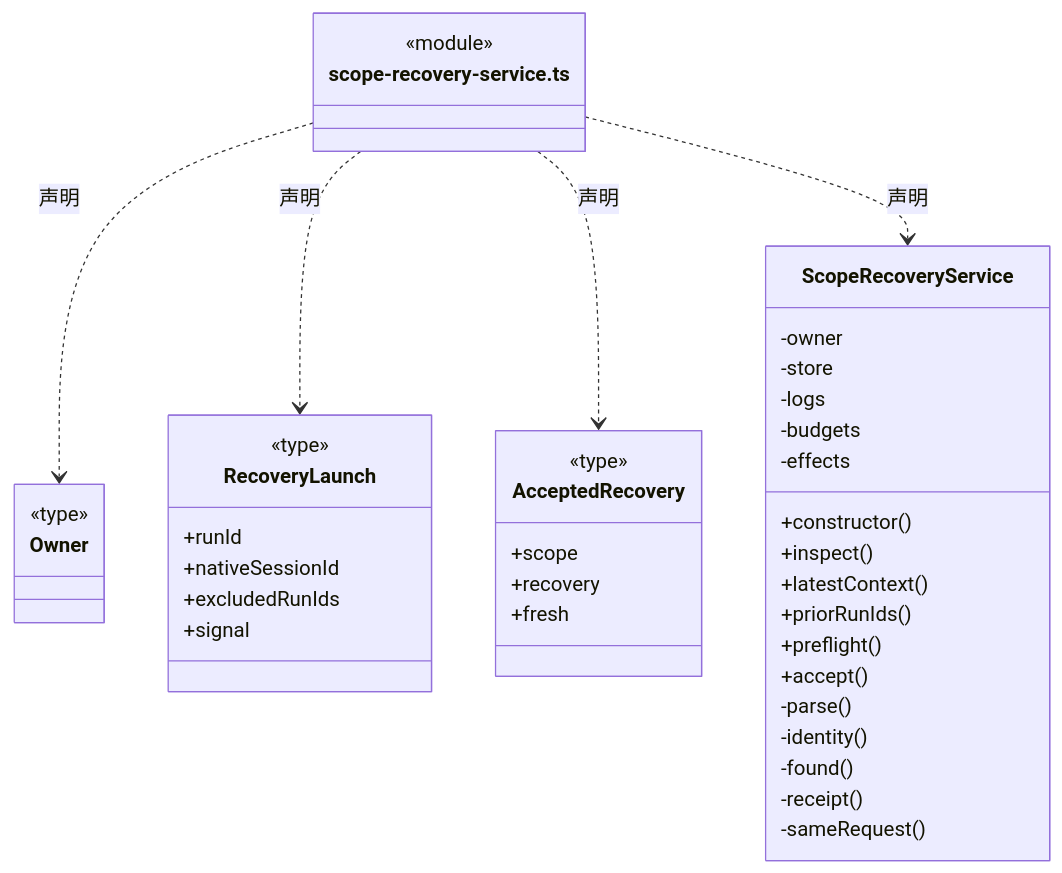
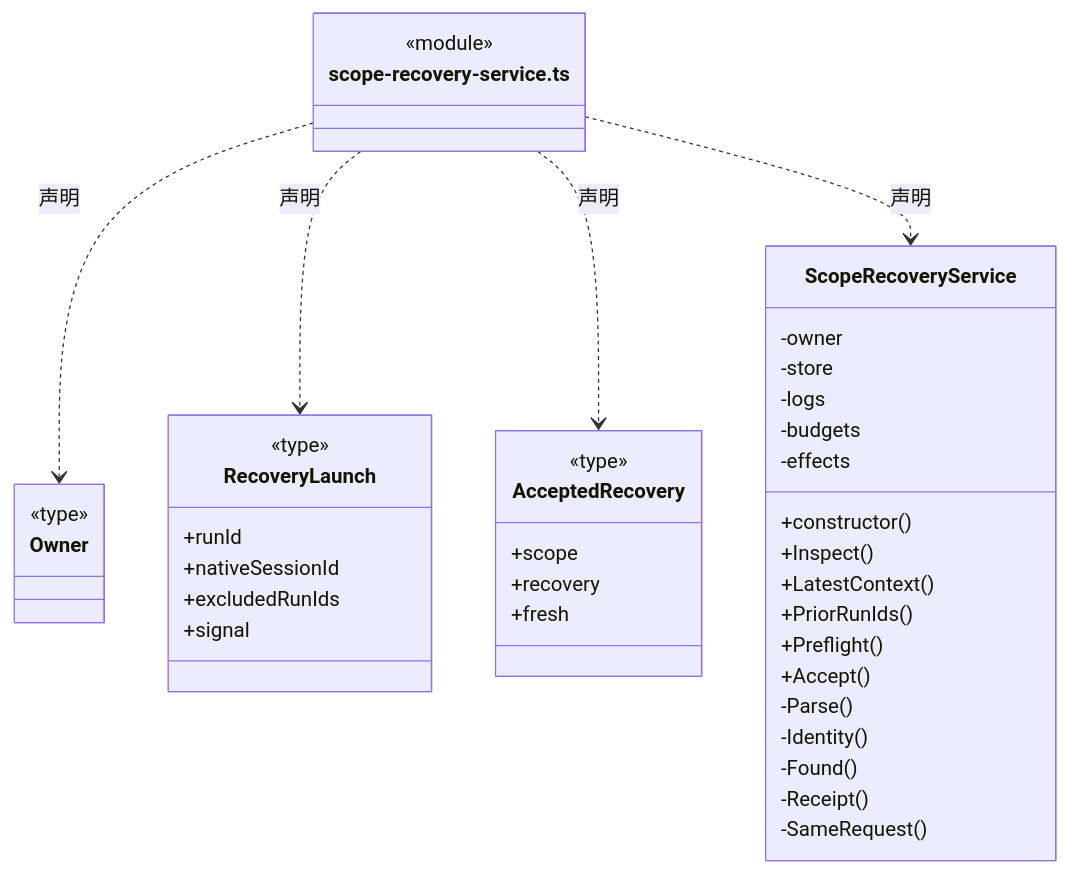
One commit to nan023062/cbim changed diagram 17 of 25 in src/logic/tasks/runtime/ARCHITECTURE.md. Above: the diagram before and after it, drawn with Mermaid. The commit also changed other lines of this file and 1035 other files, not shown here.

````diff
--- a/src/logic/tasks/runtime/ARCHITECTURE.md
+++ b/src/logic/tasks/runtime/ARCHITECTURE.md
@@ -441,45 +441,45 @@
 ```mermaid
 classDiagram
 class N_src_logic_tasks_runtime_scope_recovery_service_ts["scope-recovery-service.ts"] {
   <<module>>
 }
 class N_src_logic_tasks_runtime_scope_recovery_service_ts_Owner["Owner"] {
   <<type>>
 
 }
 N_src_logic_tasks_runtime_scope_recovery_service_ts ..> N_src_logic_tasks_runtime_scope_recovery_service_ts_Owner : 声明
 class N_src_logic_tasks_runtime_scope_recovery_service_ts_RecoveryLaunch["RecoveryLaunch"] {
   <<type>>
   +runId
   +nativeSessionId
   +excludedRunIds
   +signal
 }
 N_src_logic_tasks_runtime_scope_recovery_service_ts ..> N_src_logic_tasks_runtime_scope_recovery_service_ts_RecoveryLaunch : 声明
 class N_src_logic_tasks_runtime_scope_recovery_service_ts_AcceptedRecovery["AcceptedRecovery"] {
   <<type>>
   +scope
   +recovery
   +fresh
 }
 N_src_logic_tasks_runtime_scope_recovery_service_ts ..> N_src_logic_tasks_runtime_scope_recovery_service_ts_AcceptedRecovery : 声明
 class N_src_logic_tasks_runtime_scope_recovery_service_ts_ScopeRecoveryService["ScopeRecoveryService"] {
   +constructor()
-  +inspect()
-  +latestContext()
-  +priorRunIds()
-  +preflight()
-  +accept()
+  +Inspect()
+  +LatestContext()
+  +PriorRunIds()
+  +Preflight()
+  +Accept()
   -owner
   -store
   -logs
   -budgets
   -effects
-  -parse()
-  -identity()
-  -found()
-  -receipt()
-  -sameRequest()
+  -Parse()
+  -Identity()
+  -Found()
+  -Receipt()
+  -SameRequest()
 }
 N_src_logic_tasks_runtime_scope_recovery_service_ts ..> N_src_logic_tasks_runtime_scope_recovery_service_ts_ScopeRecoveryService : 声明
 ```
````
